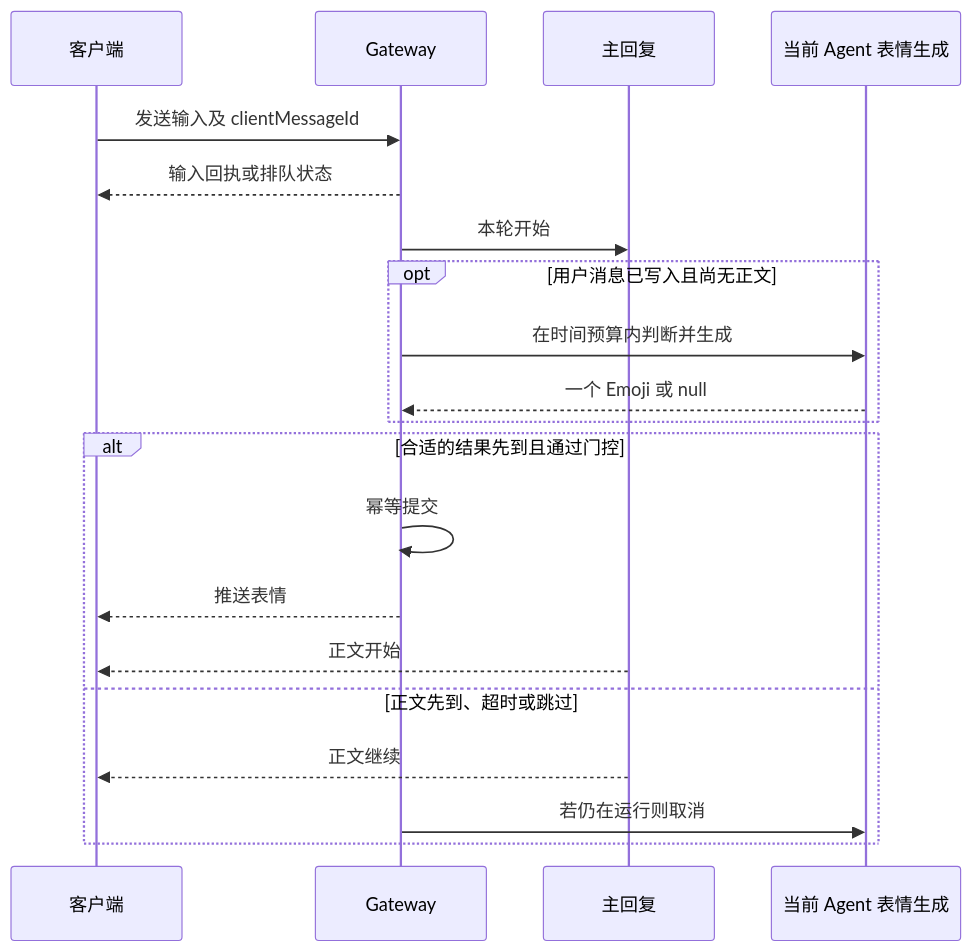
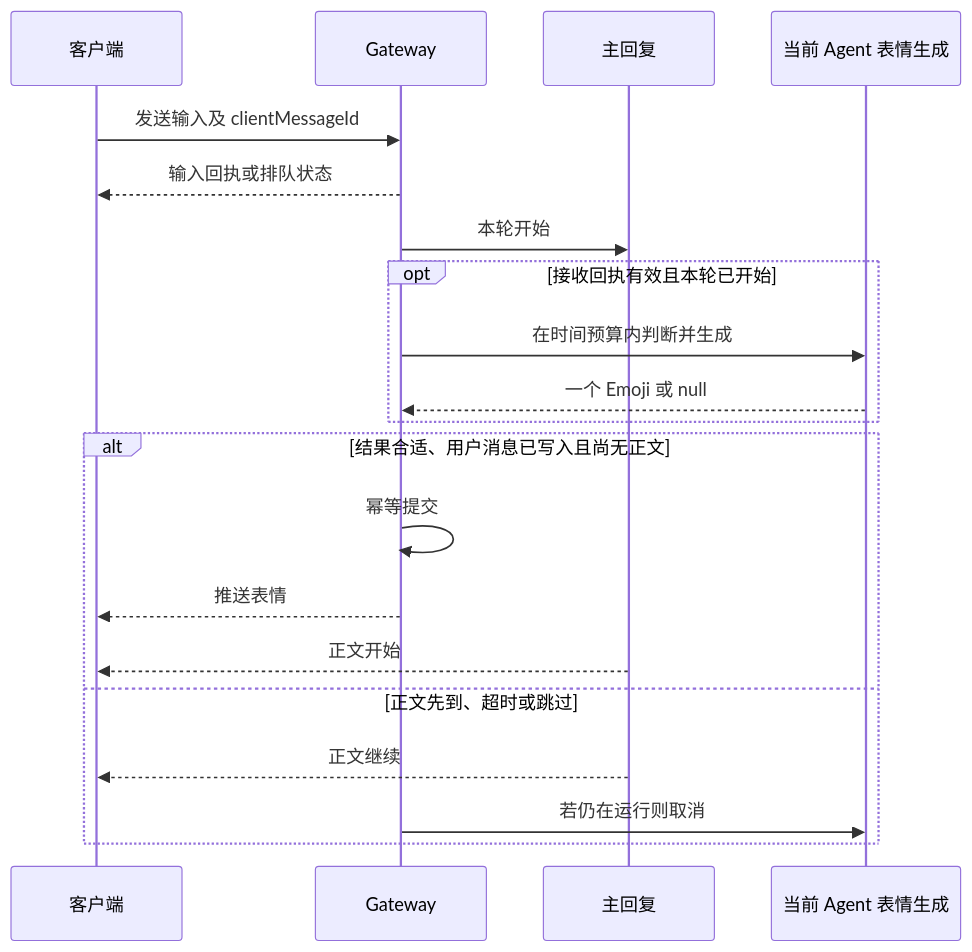
The diagram in docs/design/technical/personal-agent-message-reaction.md (xopcai/xopc), drawn with Mermaid before and after one commit. The commit also changed other lines of this file and 64 other files, not shown here.

````diff
--- a/docs/design/technical/personal-agent-message-reaction.md
+++ b/docs/design/technical/personal-agent-message-reaction.md
@@ -24,23 +24,23 @@
 ```mermaid
 sequenceDiagram
     participant C as 客户端
     participant G as Gateway
     participant M as 主回复
     participant E as 当前 Agent 表情生成
 
     C->>G: 发送输入及 clientMessageId
     G-->>C: 输入回执或排队状态
     G->>M: 本轮开始
-    opt 用户消息已写入且尚无正文
+    opt 接收回执有效且本轮已开始
         G->>E: 在时间预算内判断并生成
         E-->>G: 一个 Emoji 或 null
     end
-    alt 合适的结果先到且通过门控
+    alt 结果合适、用户消息已写入且尚无正文
         G->>G: 幂等提交
         G-->>C: 推送表情
         M-->>C: 正文开始
     else 正文先到、超时或跳过
         M-->>C: 正文继续
         G->>E: 若仍在运行则取消
     end
 ```
````
